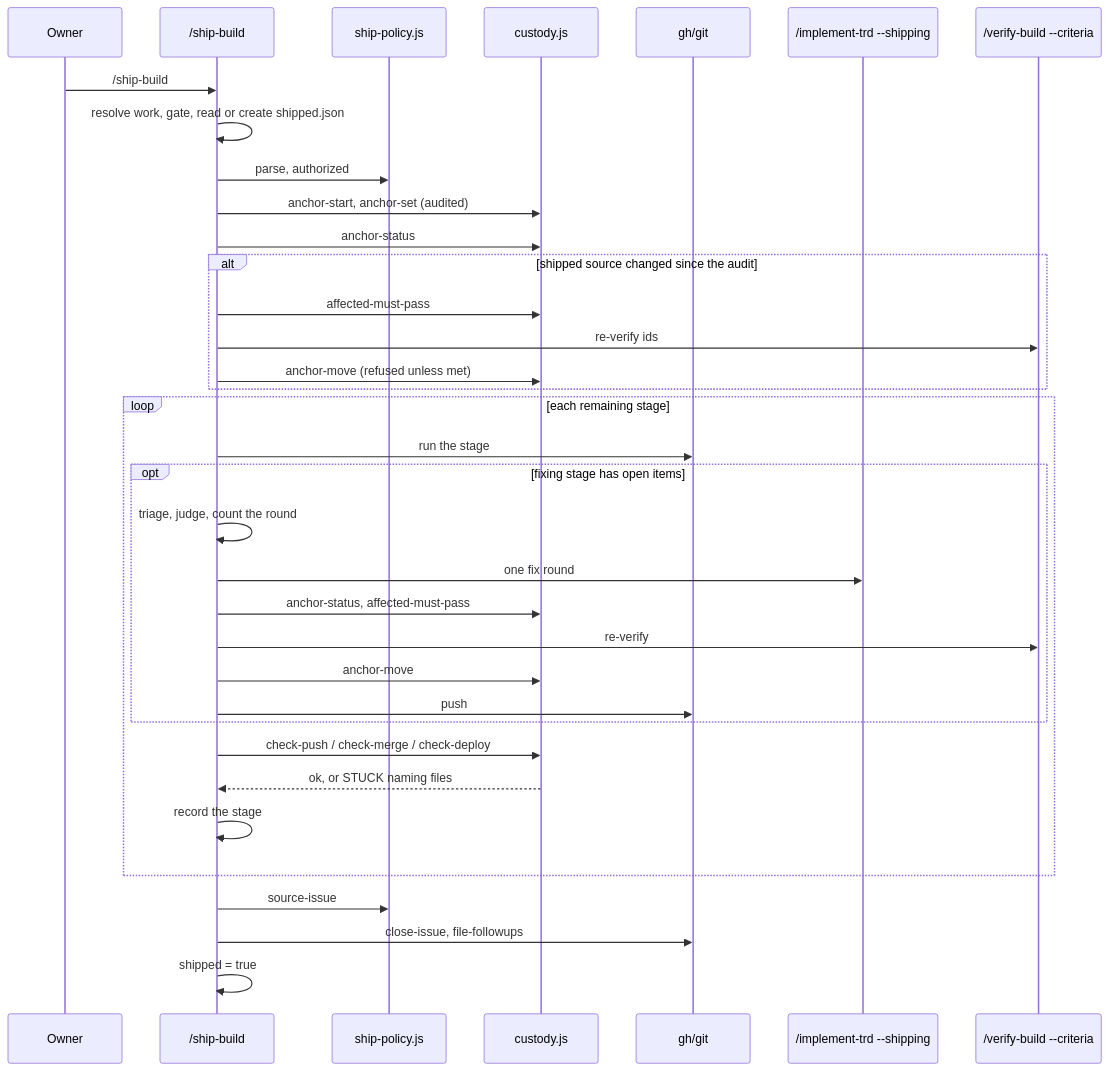
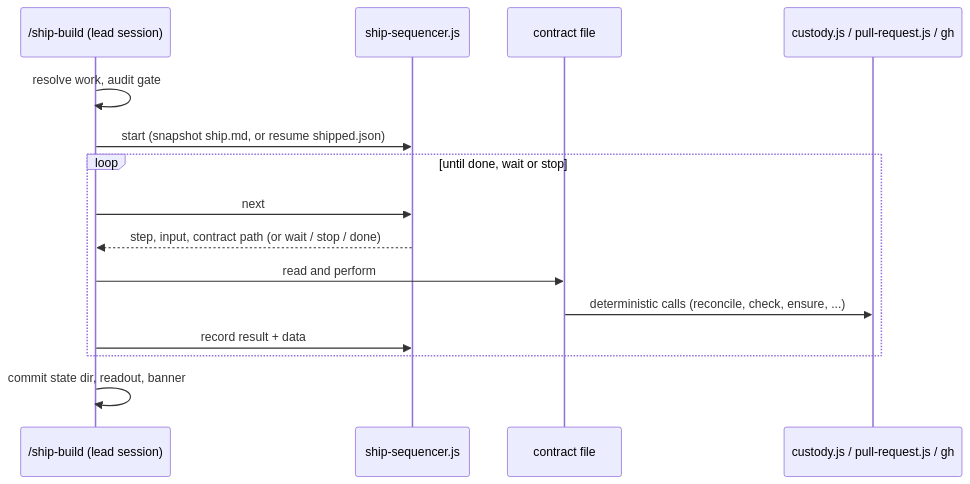
One commit to FortiumPartners/ensemble-vnext changed the second of 3 diagrams in docs/TRD/ship-build.md. Above: the diagram before and after it, drawn with Mermaid. The commit also changed other lines of this file and 1 other file, not shown here.

First line of the commit message:
docs(ship-build): TRD 2.0.0 — shipping primitives, auto post-merge sync-design, re-grounded

````diff
--- a/docs/TRD/ship-build.md
+++ b/docs/TRD/ship-build.md
@@ -257,37 +317,17 @@
 ```mermaid
 sequenceDiagram
-    participant O as Owner
-    participant SB as /ship-build
-    participant P as ship-policy.js
-    participant C as custody.js
-    participant GH as gh/git
-    participant IMP as /implement-trd --shipping
-    participant VB as /verify-build --criteria
-    O->>SB: /ship-build
-    SB->>SB: resolve work, gate, read or create shipped.json
-    SB->>P: parse, authorized
-    SB->>C: anchor-start, anchor-set (audited)
-    SB->>C: anchor-status
-    alt shipped source changed since the audit
-        SB->>C: affected-must-pass
-        SB->>VB: re-verify ids
-        SB->>C: anchor-move (refused unless met)
+    participant SB as /ship-build (lead session)
+    participant SEQ as ship-sequencer.js
+    participant C as contract file
+    participant LIB as custody.js / pull-request.js / gh
+    SB->>SB: resolve work, audit gate
+    SB->>SEQ: start (snapshot ship.md, or resume shipped.json)
+    loop until done, wait or stop
+        SB->>SEQ: next
+        SEQ-->>SB: step, input, contract path (or wait / stop / done)
+        SB->>C: read and perform
+        C->>LIB: deterministic calls (reconcile, check, ensure, ...)
+        SB->>SEQ: record result + data
     end
-    loop each remaining stage
-        SB->>GH: run the stage
-        opt fixing stage has open items
-            SB->>SB: triage, judge, count the round
-            SB->>IMP: one fix round
-            SB->>C: anchor-status, affected-must-pass
-            SB->>VB: re-verify
-            SB->>C: anchor-move
-            SB->>GH: push
-        end
-        SB->>C: check-push / check-merge / check-deploy
-        C-->>SB: ok, or STUCK naming files
-        SB->>SB: record the stage
-    end
-    SB->>P: source-issue
-    SB->>GH: close-issue, file-followups
-    SB->>SB: shipped = true
+    SB->>SB: commit state dir, readout, banner
 ```
````
